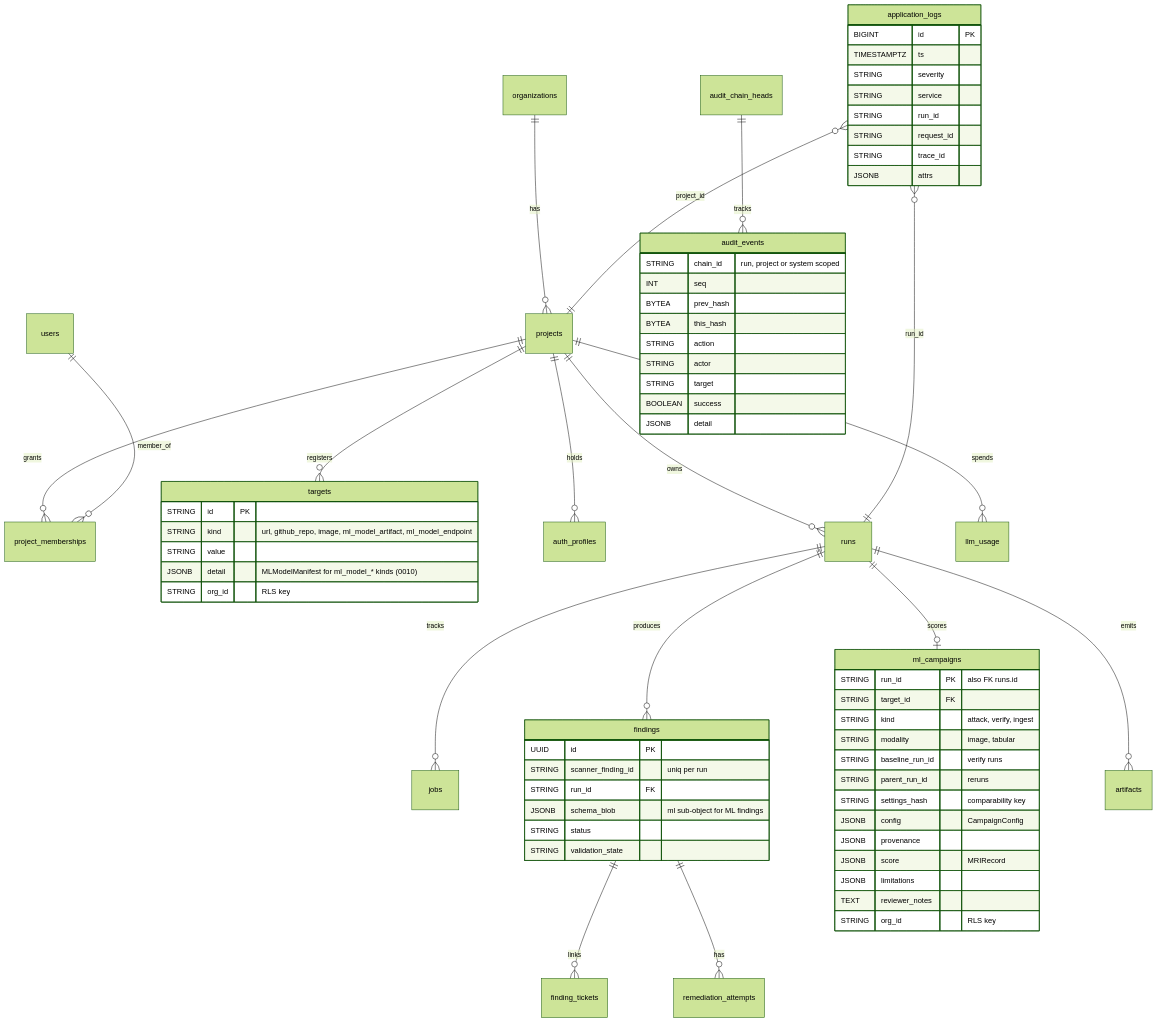
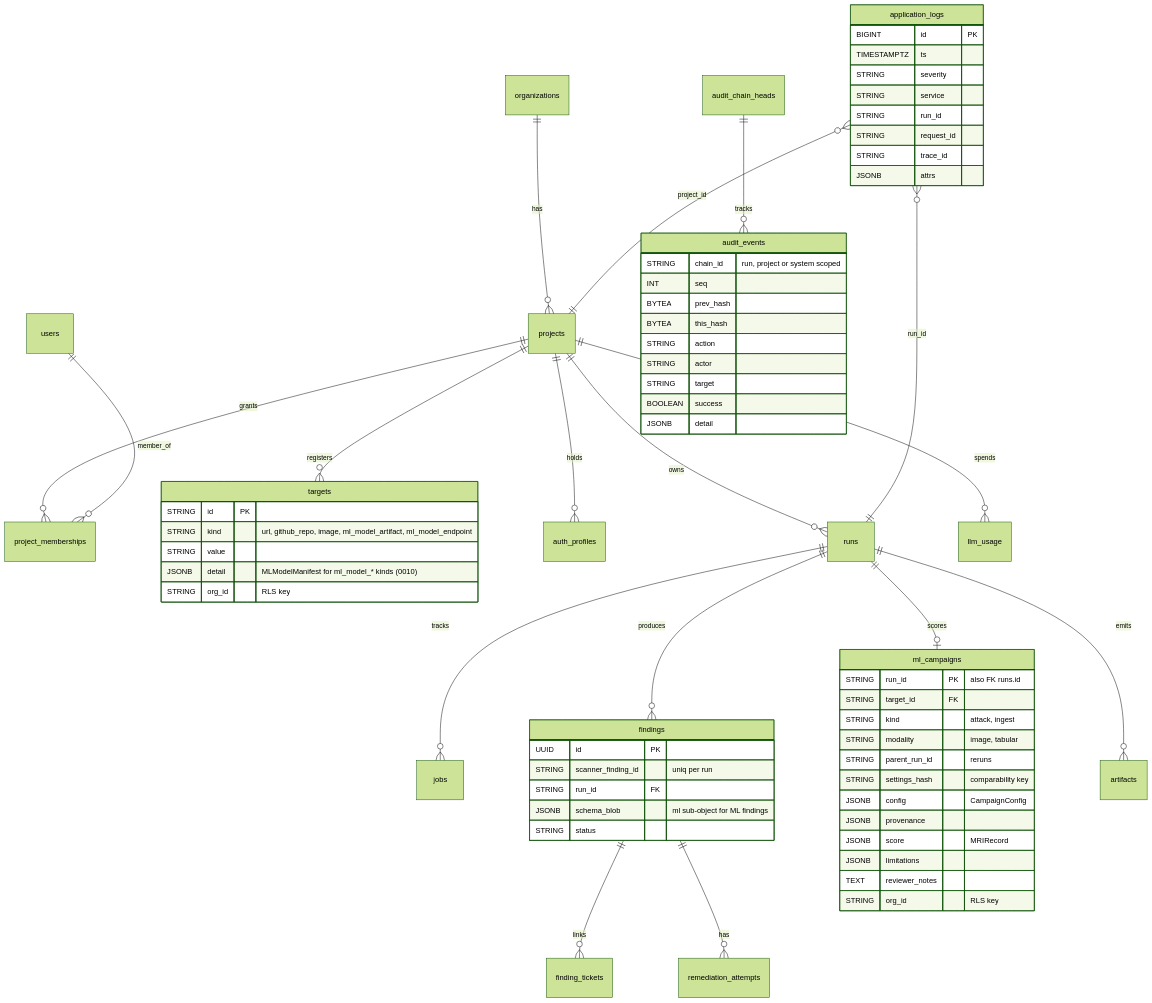
The fourth of 5 diagrams in docs/architecture/overview.md (IntelliBridge/ndia-red-team-simulator), drawn with Mermaid (forest theme) before and after one commit. The commit also changed other lines of this file and 220 other files, not shown here.

First line of the commit message:
refactor: remove the verify paradigm, every run is a measurement (#97)

````diff
--- a/docs/architecture/overview.md
+++ b/docs/architecture/overview.md
@@ -255,71 +253,69 @@
 ```mermaid
 erDiagram
     organizations ||--o{ projects : has
     projects ||--o{ project_memberships : grants
     users ||--o{ project_memberships : member_of
     projects ||--o{ targets : registers
     projects ||--o{ auth_profiles : holds
     projects ||--o{ runs : owns
     runs ||--o{ jobs : tracks
     runs ||--o{ findings : produces
     runs ||--o| ml_campaigns : scores
     findings ||--o{ finding_tickets : links
     findings ||--o{ remediation_attempts : has
     runs ||--o{ artifacts : emits
     projects ||--o{ llm_usage : spends
     audit_chain_heads ||--o{ audit_events : tracks
     application_logs }o--|| projects : project_id
     application_logs }o--|| runs : run_id
 
     targets {
         STRING id PK
         STRING kind "url, github_repo, image, ml_model_artifact, ml_model_endpoint"
         STRING value
         JSONB detail "MLModelManifest for ml_model_* kinds (0010)"
         STRING org_id "RLS key"
     }
     ml_campaigns {
         STRING run_id PK "also FK runs.id"
         STRING target_id FK
-        STRING kind "attack, verify, ingest"
+        STRING kind "attack, ingest"
         STRING modality "image, tabular"
-        STRING baseline_run_id "verify runs"
         STRING parent_run_id "reruns"
         STRING settings_hash "comparability key"
         JSONB config "CampaignConfig"
         JSONB provenance
         JSONB score "MRIRecord"
         JSONB limitations
         TEXT reviewer_notes
         STRING org_id "RLS key"
     }
     findings {
         UUID id PK
         STRING scanner_finding_id "uniq per run"
         STRING run_id FK
         JSONB schema_blob "ml sub-object for ML findings"
         STRING status
-        STRING validation_state
     }
     audit_events {
         STRING chain_id "run, project or system scoped"
         INT seq
         BYTEA prev_hash
         BYTEA this_hash
         STRING action
         STRING actor
         STRING target
         BOOLEAN success
         JSONB detail
     }
     application_logs {
         BIGINT id PK
         TIMESTAMPTZ ts
         STRING severity
         STRING service
         STRING run_id
         STRING request_id
         STRING trace_id
         JSONB attrs
     }
 ```
````
